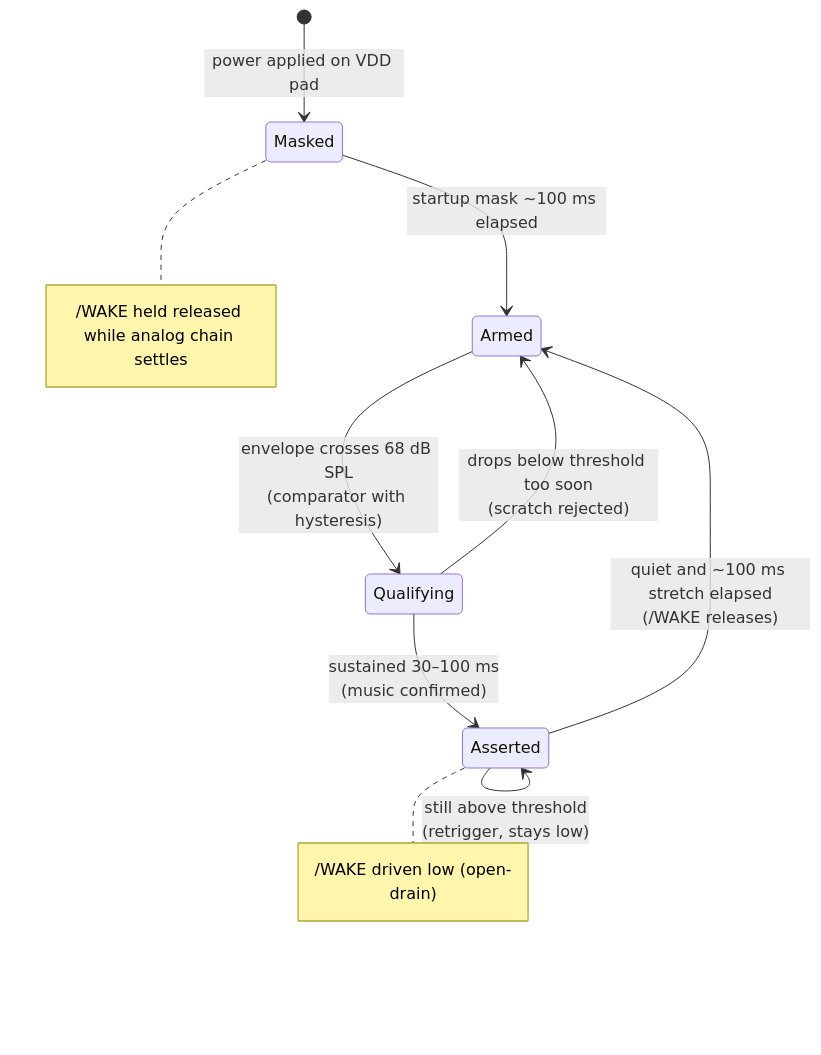
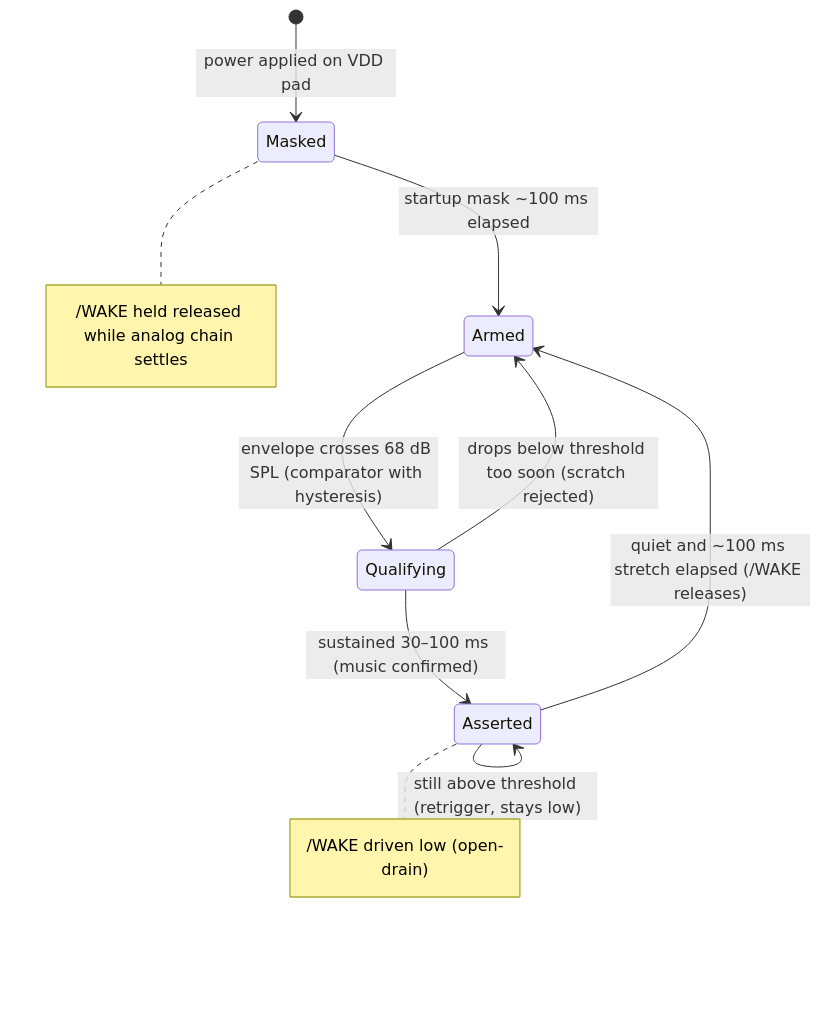
One commit to zackees/soundwake changed the sixth of 6 diagrams in README.md. Above: the diagram before and after it, drawn with Mermaid.

Commit message:
docs: use single-line labels in wake-path state diagram (#7)

````diff
--- a/README.md
+++ b/README.md
@@ -160,12 +160,12 @@
 ```mermaid
 stateDiagram-v2
     [*] --> Masked : power applied on VDD pad
     Masked --> Armed : startup mask ~100 ms elapsed
-    Armed --> Qualifying : envelope crosses 68 dB SPL<br/>(comparator with hysteresis)
-    Qualifying --> Armed : drops below threshold too soon<br/>(scratch rejected)
-    Qualifying --> Asserted : sustained 30–100 ms<br/>(music confirmed)
-    Asserted --> Asserted : still above threshold<br/>(retrigger, stays low)
-    Asserted --> Armed : quiet and ~100 ms stretch elapsed<br/>(/WAKE releases)
+    Armed --> Qualifying : envelope crosses 68 dB SPL (comparator with hysteresis)
+    Qualifying --> Armed : drops below threshold too soon (scratch rejected)
+    Qualifying --> Asserted : sustained 30–100 ms (music confirmed)
+    Asserted --> Asserted : still above threshold (retrigger, stays low)
+    Asserted --> Armed : quiet and ~100 ms stretch elapsed (/WAKE releases)
     note right of Masked : /WAKE held released while analog chain settles
     note right of Asserted : /WAKE driven low (open-drain)
 ```
````
